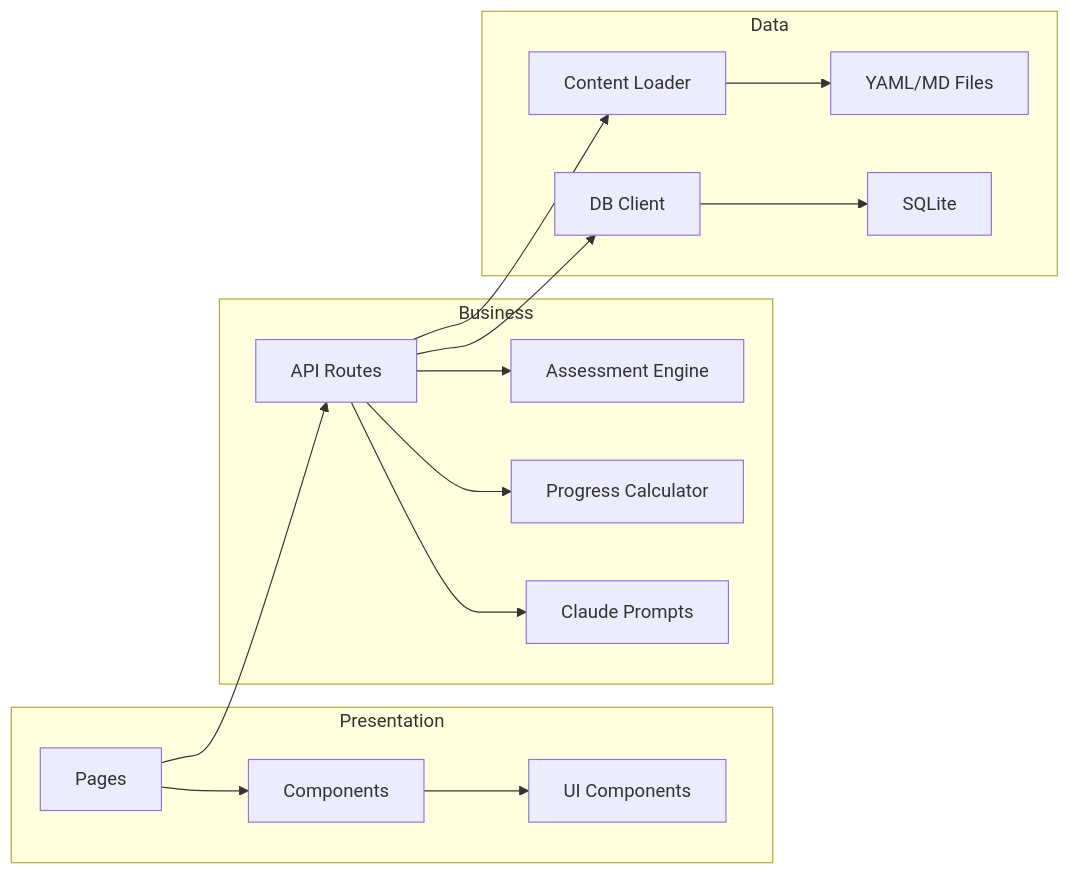
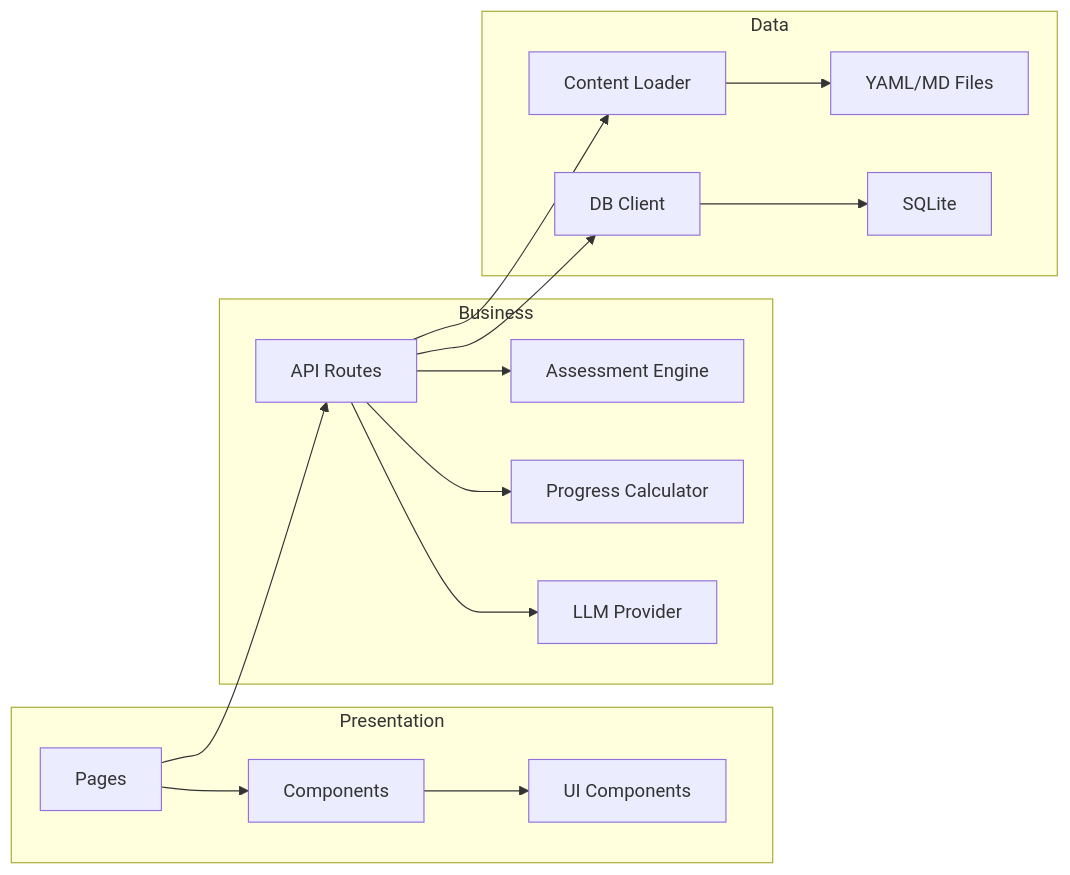
Before and after one commit to atbrace/sa-pro-study-companion: the second of 5 diagrams in docs/CODEBASE_MAP.md, drawn with Mermaid. The commit also changed other lines of this file and 4 other files, not shown here.

````diff
--- a/docs/CODEBASE_MAP.md
+++ b/docs/CODEBASE_MAP.md
@@ -49,22 +53,22 @@
 ```mermaid
 graph LR
     subgraph Presentation
         A[Pages] --> B[Components]
         B --> C[UI Components]
     end
 
     subgraph Business
         D[API Routes] --> E[Assessment Engine]
         D --> F[Progress Calculator]
-        D --> G[Claude Prompts]
+        D --> G[LLM Provider]
     end
 
     subgraph Data
         H[Content Loader] --> I[YAML/MD Files]
         J[DB Client] --> K[SQLite]
     end
 
     A --> D
     D --> H
     D --> J
 ```
````
